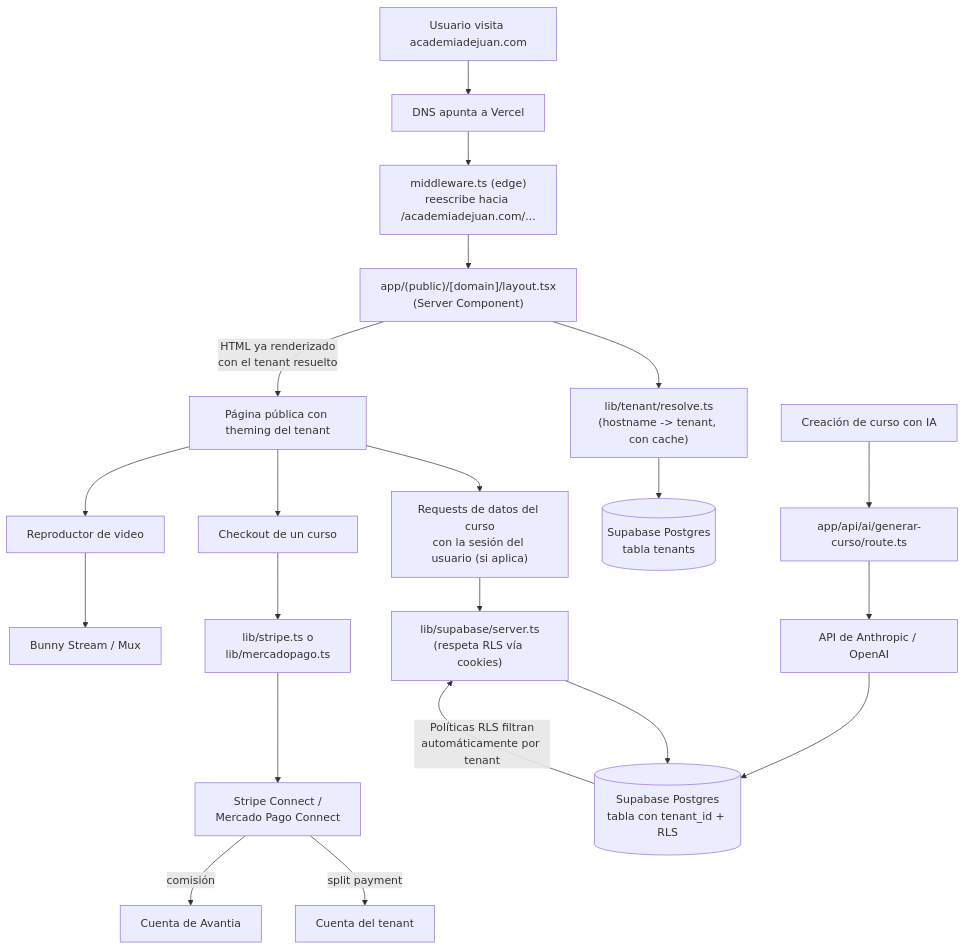
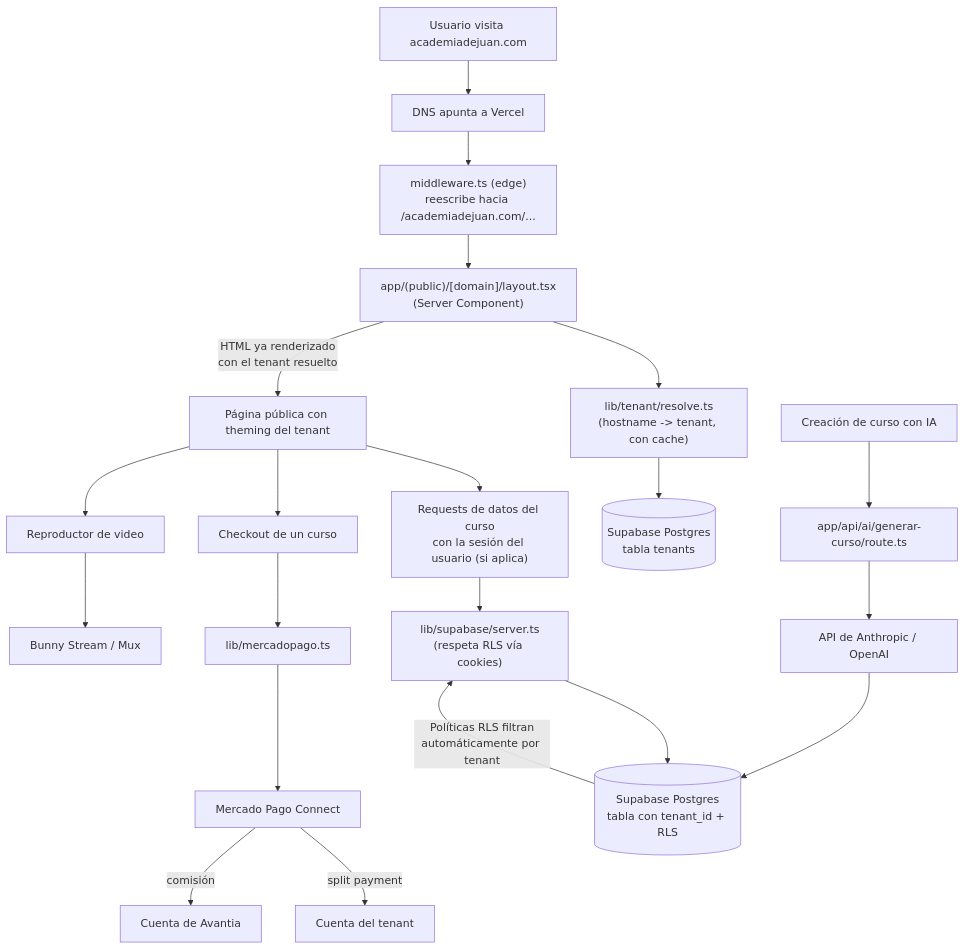
One commit to spradot-avantia/avantia changed the first of 2 diagrams in docs/arquitectura/Avantia_Estructura_Codigo_Arquitectura.md. Above: the diagram before and after it, drawn with Mermaid. The commit also changed other lines of this file and 47 other files, not shown here.

````diff
--- a/docs/arquitectura/Avantia_Estructura_Codigo_Arquitectura.md
+++ b/docs/arquitectura/Avantia_Estructura_Codigo_Arquitectura.md
@@ -132,27 +130,27 @@
 ```mermaid
 graph TD
     A[Usuario visita academiadejuan.com] --> B[DNS apunta a Vercel]
     B --> C["middleware.ts (edge)\nreescribe hacia /academiadejuan.com/..."]
     C --> D["app/(public)/[domain]/layout.tsx\n(Server Component)"]
     D --> E["lib/tenant/resolve.ts\n(hostname -> tenant, con cache)"]
     E --> F[("Supabase Postgres\ntabla tenants")]
     D -->|"HTML ya renderizado\ncon el tenant resuelto"| G[Página pública con theming del tenant]
 
     G --> H["Requests de datos del curso\ncon la sesión del usuario (si aplica)"]
     H --> I["lib/supabase/server.ts\n(respeta RLS vía cookies)"]
     I --> J[("Supabase Postgres\ntabla con tenant_id + RLS")]
     J -->|"Políticas RLS filtran\nautomáticamente por tenant"| I
 
     G --> K[Checkout de un curso]
-    K --> L["lib/stripe.ts o\nlib/mercadopago.ts"]
-    L --> M["Stripe Connect /\nMercado Pago Connect"]
+    K --> L["lib/mercadopago.ts"]
+    L --> M["Mercado Pago Connect"]
     M -->|split payment| N[Cuenta del tenant]
     M -->|comisión| O[Cuenta de Avantia]
 
     G --> P[Reproductor de video]
     P --> Q[Bunny Stream / Mux]
 
     R[Creación de curso con IA] --> S["app/api/ai/generar-curso/route.ts"]
     S --> T[API de Anthropic / OpenAI]
     T --> J
 ```
````
